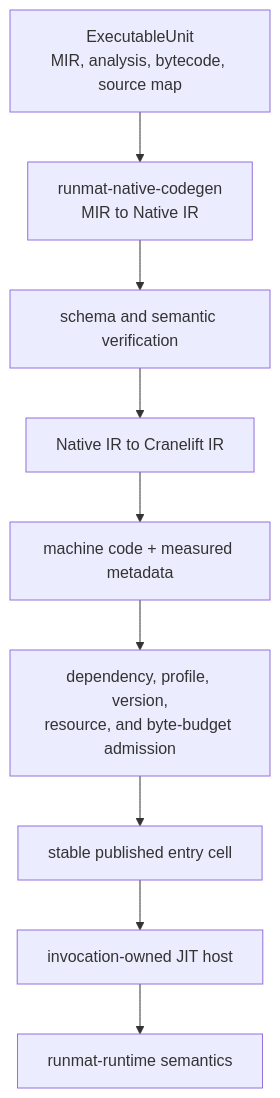
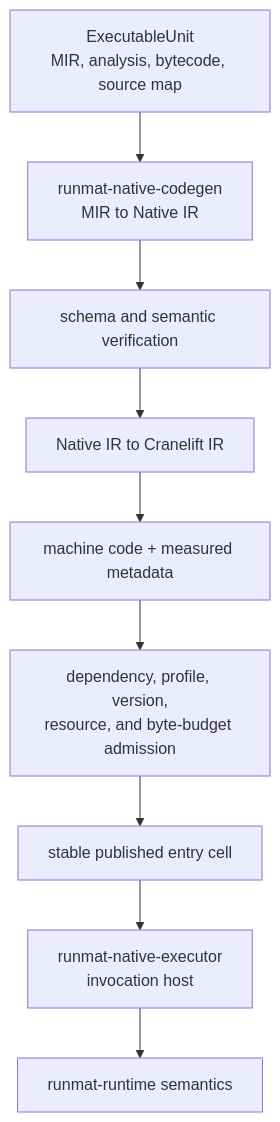
One commit to runmat-org/runmat changed the diagram in docs/jit/pipeline.md. Above: the diagram before and after it, drawn with Mermaid. The commit also changed other lines of this file and 92 other files, not shown here.

Commit message:
RM-1065: separate native execution from JIT

````diff
--- a/docs/jit/pipeline.md
+++ b/docs/jit/pipeline.md
@@ -14,14 +14,14 @@
 ```mermaid
 flowchart TD
   Unit["ExecutableUnit<br/>MIR, analysis, bytecode, source map"]
   Lower["runmat-native-codegen<br/>MIR to Native IR"]
   Verify["schema and semantic verification"]
   CLIF["Native IR to Cranelift IR"]
   Code["machine code + measured metadata"]
   Admit["dependency, profile, version,<br/>resource, and byte-budget admission"]
   Cell["stable published entry cell"]
-  Host["invocation-owned JIT host"]
+  Host["runmat-native-executor<br/>invocation host"]
   Runtime["runmat-runtime semantics"]
 
   Unit --> Lower --> Verify --> CLIF --> Code --> Admit --> Cell --> Host --> Runtime
 ```
````
